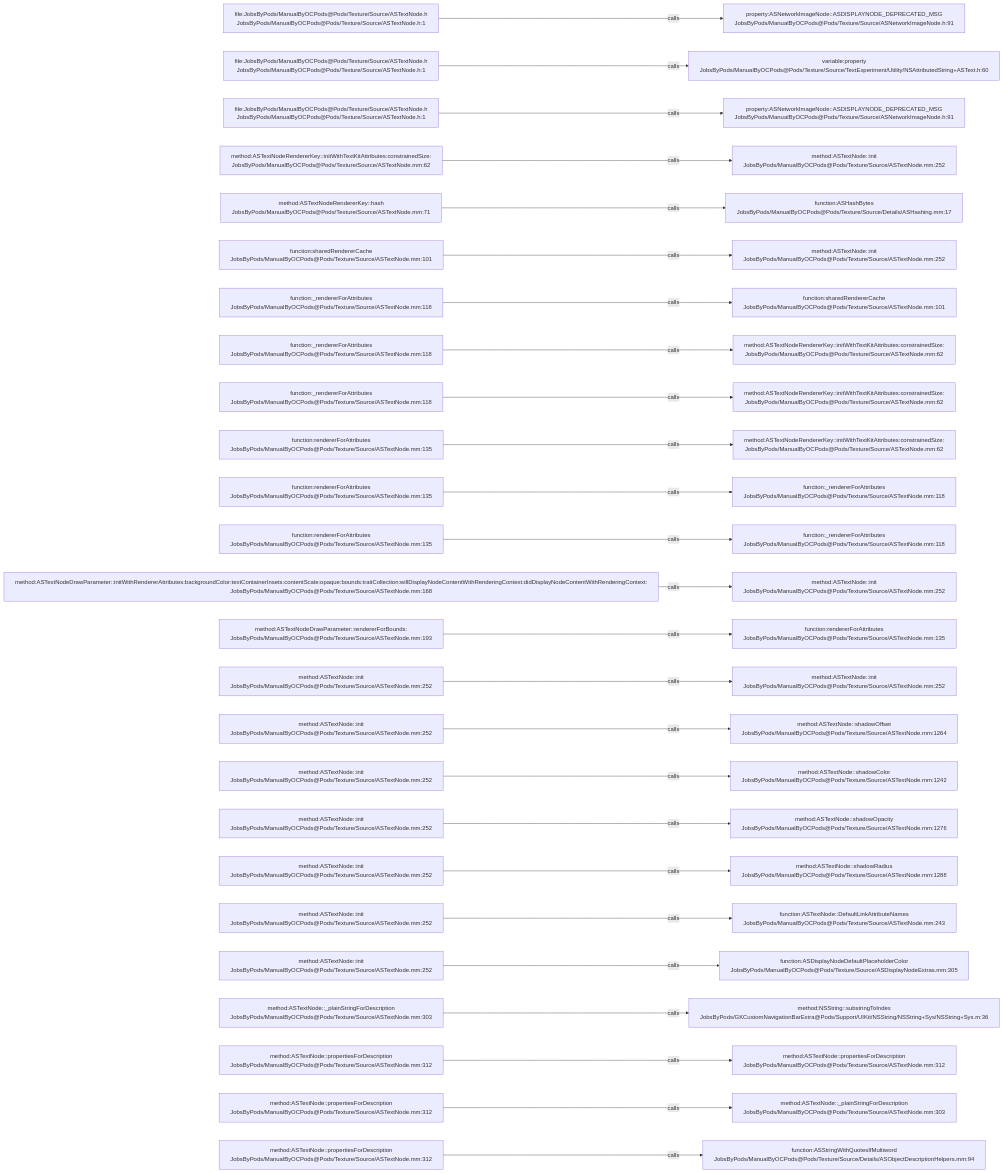
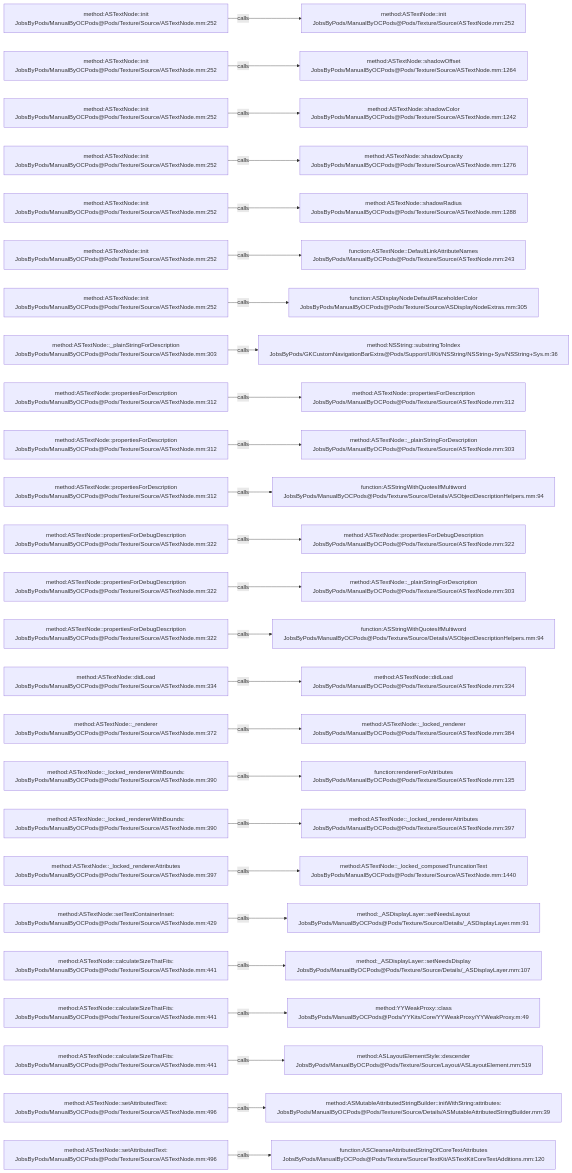
The diagram in .codegraph/codegraph.md/graphs/calls-135.md (JobsKits/JobsOCBaseConfigDemo), drawn with Mermaid before and after one commit. The commit also changed 296 other files, not shown here.

````diff
--- a/.codegraph/codegraph.md/graphs/calls-135.md
+++ b/.codegraph/codegraph.md/graphs/calls-135.md
@@ -13,78 +13,78 @@
 ```mermaid
 flowchart LR
-  S1["file:JobsByPods/ManualByOCPods@Pods/Texture/Source/ASTextNode.h<br/>JobsByPods/ManualByOCPods@Pods/Texture/Source/ASTextNode.h:1"]
-  T1["property:ASNetworkImageNode::ASDISPLAYNODE_DEPRECATED_MSG<br/>JobsByPods/ManualByOCPods@Pods/Texture/Source/ASNetworkImageNode.h:91"]
+  S1["method:ASTextNode::init<br/>JobsByPods/ManualByOCPods@Pods/Texture/Source/ASTextNode.mm:252"]
+  T1["method:ASTextNode::init<br/>JobsByPods/ManualByOCPods@Pods/Texture/Source/ASTextNode.mm:252"]
   S1 -->|calls| T1
-  S2["file:JobsByPods/ManualByOCPods@Pods/Texture/Source/ASTextNode.h<br/>JobsByPods/ManualByOCPods@Pods/Texture/Source/ASTextNode.h:1"]
-  T2["variable:property<br/>JobsByPods/ManualByOCPods@Pods/Texture/Source/TextExperiment/Utility/NSAttributedString+ASText.h:60"]
+  S2["method:ASTextNode::init<br/>JobsByPods/ManualByOCPods@Pods/Texture/Source/ASTextNode.mm:252"]
+  T2["method:ASTextNode::shadowOffset<br/>JobsByPods/ManualByOCPods@Pods/Texture/Source/ASTextNode.mm:1264"]
   S2 -->|calls| T2
-  S3["file:JobsByPods/ManualByOCPods@Pods/Texture/Source/ASTextNode.h<br/>JobsByPods/ManualByOCPods@Pods/Texture/Source/ASTextNode.h:1"]
-  T3["property:ASNetworkImageNode::ASDISPLAYNODE_DEPRECATED_MSG<br/>JobsByPods/ManualByOCPods@Pods/Texture/Source/ASNetworkImageNode.h:91"]
+  S3["method:ASTextNode::init<br/>JobsByPods/ManualByOCPods@Pods/Texture/Source/ASTextNode.mm:252"]
+  T3["method:ASTextNode::shadowColor<br/>JobsByPods/ManualByOCPods@Pods/Texture/Source/ASTextNode.mm:1242"]
   S3 -->|calls| T3
-  S4["method:ASTextNodeRendererKey::initWithTextKitAttributes:constrainedSize:<br/>JobsByPods/ManualByOCPods@Pods/Texture/Source/ASTextNode.mm:62"]
-  T4["method:ASTextNode::init<br/>JobsByPods/ManualByOCPods@Pods/Texture/Source/ASTextNode.mm:252"]
+  S4["method:ASTextNode::init<br/>JobsByPods/ManualByOCPods@Pods/Texture/Source/ASTextNode.mm:252"]
+  T4["method:ASTextNode::shadowOpacity<br/>JobsByPods/ManualByOCPods@Pods/Texture/Source/ASTextNode.mm:1276"]
   S4 -->|calls| T4
-  S5["method:ASTextNodeRendererKey::hash<br/>JobsByPods/ManualByOCPods@Pods/Texture/Source/ASTextNode.mm:71"]
-  T5["function:ASHashBytes<br/>JobsByPods/ManualByOCPods@Pods/Texture/Source/Details/ASHashing.mm:17"]
+  S5["method:ASTextNode::init<br/>JobsByPods/ManualByOCPods@Pods/Texture/Source/ASTextNode.mm:252"]
+  T5["method:ASTextNode::shadowRadius<br/>JobsByPods/ManualByOCPods@Pods/Texture/Source/ASTextNode.mm:1288"]
   S5 -->|calls| T5
-  S6["function:sharedRendererCache<br/>JobsByPods/ManualByOCPods@Pods/Texture/Source/ASTextNode.mm:101"]
-  T6["method:ASTextNode::init<br/>JobsByPods/ManualByOCPods@Pods/Texture/Source/ASTextNode.mm:252"]
+  S6["method:ASTextNode::init<br/>JobsByPods/ManualByOCPods@Pods/Texture/Source/ASTextNode.mm:252"]
+  T6["function:ASTextNode::DefaultLinkAttributeNames<br/>JobsByPods/ManualByOCPods@Pods/Texture/Source/ASTextNode.mm:243"]
   S6 -->|calls| T6
-  S7["function:_rendererForAttributes<br/>JobsByPods/ManualByOCPods@Pods/Texture/Source/ASTextNode.mm:118"]
-  T7["function:sharedRendererCache<br/>JobsByPods/ManualByOCPods@Pods/Texture/Source/ASTextNode.mm:101"]
+  S7["method:ASTextNode::init<br/>JobsByPods/ManualByOCPods@Pods/Texture/Source/ASTextNode.mm:252"]
+  T7["function:ASDisplayNodeDefaultPlaceholderColor<br/>JobsByPods/ManualByOCPods@Pods/Texture/Source/ASDisplayNodeExtras.mm:305"]
   S7 -->|calls| T7
-  S8["function:_rendererForAttributes<br/>JobsByPods/ManualByOCPods@Pods/Texture/Source/ASTextNode.mm:118"]
-  T8["method:ASTextNodeRendererKey::initWithTextKitAttributes:constrainedSize:<br/>JobsByPods/ManualByOCPods@Pods/Texture/Source/ASTextNode.mm:62"]
+  S8["method:ASTextNode::_plainStringForDescription<br/>JobsByPods/ManualByOCPods@Pods/Texture/Source/ASTextNode.mm:303"]
+  T8["method:NSString::substringToIndex<br/>JobsByPods/GKCustomNavigationBarExtra@Pods/Support/UIKit/NSString/NSString+Sys/NSString+Sys.m:36"]
   S8 -->|calls| T8
-  S9["function:_rendererForAttributes<br/>JobsByPods/ManualByOCPods@Pods/Texture/Source/ASTextNode.mm:118"]
-  T9["method:ASTextNodeRendererKey::initWithTextKitAttributes:constrainedSize:<br/>JobsByPods/ManualByOCPods@Pods/Texture/Source/ASTextNode.mm:62"]
+  S9["method:ASTextNode::propertiesForDescription<br/>JobsByPods/ManualByOCPods@Pods/Texture/Source/ASTextNode.mm:312"]
+  T9["method:ASTextNode::propertiesForDescription<br/>JobsByPods/ManualByOCPods@Pods/Texture/Source/ASTextNode.mm:312"]
   S9 -->|calls| T9
-  S10["function:rendererForAttributes<br/>JobsByPods/ManualByOCPods@Pods/Texture/Source/ASTextNode.mm:135"]
-  T10["method:ASTextNodeRendererKey::initWithTextKitAttributes:constrainedSize:<br/>JobsByPods/ManualByOCPods@Pods/Texture/Source/ASTextNode.mm:62"]
+  S10["method:ASTextNode::propertiesForDescription<br/>JobsByPods/ManualByOCPods@Pods/Texture/Source/ASTextNode.mm:312"]
+  T10["method:ASTextNode::_plainStringForDescription<br/>JobsByPods/ManualByOCPods@Pods/Texture/Source/ASTextNode.mm:303"]
   S10 -->|calls| T10
-  S11["function:rendererForAttributes<br/>JobsByPods/ManualByOCPods@Pods/Texture/Source/ASTextNode.mm:135"]
-  T11["function:_rendererForAttributes<br/>JobsByPods/ManualByOCPods@Pods/Texture/Source/ASTextNode.mm:118"]
+  S11["method:ASTextNode::propertiesForDescription<br/>JobsByPods/ManualByOCPods@Pods/Texture/Source/ASTextNode.mm:312"]
+  T11["function:ASStringWithQuotesIfMultiword<br/>JobsByPods/ManualByOCPods@Pods/Texture/Source/Details/ASObjectDescriptionHelpers.mm:94"]
   S11 -->|calls| T11
-  S12["function:rendererForAttributes<br/>JobsByPods/ManualByOCPods@Pods/Texture/Source/ASTextNode.mm:135"]
-  T12["function:_rendererForAttributes<br/>JobsByPods/ManualByOCPods@Pods/Texture/Source/ASTextNode.mm:118"]
+  S12["method:ASTextNode::propertiesForDebugDescription<br/>JobsByPods/ManualByOCPods@Pods/Texture/Source/ASTextNode.mm:322"]
+  T12["method:ASTextNode::propertiesForDebugDescription<br/>JobsByPods/ManualByOCPods@Pods/Texture/Source/ASTextNode.mm:322"]
   S12 -->|calls| T12
-  S13["method:ASTextNodeDrawParameter::initWithRendererAttributes:backgroundColor:textContainerInsets:contentScale:opaque:bounds:traitCollection:willDisplayNodeContentWithRenderingContext:didDisplayNodeContentWithRenderingContext:<br/>JobsByPods/ManualByOCPods@Pods/Texture/Source/ASTextNode.mm:168"]
-  T13["method:ASTextNode::init<br/>JobsByPods/ManualByOCPods@Pods/Texture/Source/ASTextNode.mm:252"]
+  S13["method:ASTextNode::propertiesForDebugDescription<br/>JobsByPods/ManualByOCPods@Pods/Texture/Source/ASTextNode.mm:322"]
+  T13["method:ASTextNode::_plainStringForDescription<br/>JobsByPods/ManualByOCPods@Pods/Texture/Source/ASTextNode.mm:303"]
   S13 -->|calls| T13
-  S14["method:ASTextNodeDrawParameter::rendererForBounds:<br/>JobsByPods/ManualByOCPods@Pods/Texture/Source/ASTextNode.mm:193"]
-  T14["function:rendererForAttributes<br/>JobsByPods/ManualByOCPods@Pods/Texture/Source/ASTextNode.mm:135"]
+  S14["method:ASTextNode::propertiesForDebugDescription<br/>JobsByPods/ManualByOCPods@Pods/Texture/Source/ASTextNode.mm:322"]
+  T14["function:ASStringWithQuotesIfMultiword<br/>JobsByPods/ManualByOCPods@Pods/Texture/Source/Details/ASObjectDescriptionHelpers.mm:94"]
   S14 -->|calls| T14
-  S15["method:ASTextNode::init<br/>JobsByPods/ManualByOCPods@Pods/Texture/Source/ASTextNode.mm:252"]
-  T15["method:ASTextNode::init<br/>JobsByPods/ManualByOCPods@Pods/Texture/Source/ASTextNode.mm:252"]
+  S15["method:ASTextNode::didLoad<br/>JobsByPods/ManualByOCPods@Pods/Texture/Source/ASTextNode.mm:334"]
+  T15["method:ASTextNode::didLoad<br/>JobsByPods/ManualByOCPods@Pods/Texture/Source/ASTextNode.mm:334"]
   S15 -->|calls| T15
-  S16["method:ASTextNode::init<br/>JobsByPods/ManualByOCPods@Pods/Texture/Source/ASTextNode.mm:252"]
-  T16["method:ASTextNode::shadowOffset<br/>JobsByPods/ManualByOCPods@Pods/Texture/Source/ASTextNode.mm:1264"]
+  S16["method:ASTextNode::_renderer<br/>JobsByPods/ManualByOCPods@Pods/Texture/Source/ASTextNode.mm:372"]
+  T16["method:ASTextNode::_locked_renderer<br/>JobsByPods/ManualByOCPods@Pods/Texture/Source/ASTextNode.mm:384"]
   S16 -->|calls| T16
-  S17["method:ASTextNode::init<br/>JobsByPods/ManualByOCPods@Pods/Texture/Source/ASTextNode.mm:252"]
-  T17["method:ASTextNode::shadowColor<br/>JobsByPods/ManualByOCPods@Pods/Texture/Source/ASTextNode.mm:1242"]
+  S17["method:ASTextNode::_locked_rendererWithBounds:<br/>JobsByPods/ManualByOCPods@Pods/Texture/Source/ASTextNode.mm:390"]
+  T17["function:rendererForAttributes<br/>JobsByPods/ManualByOCPods@Pods/Texture/Source/ASTextNode.mm:135"]
   S17 -->|calls| T17
-  S18["method:ASTextNode::init<br/>JobsByPods/ManualByOCPods@Pods/Texture/Source/ASTextNode.mm:252"]
-  T18["method:ASTextNode::shadowOpacity<br/>JobsByPods/ManualByOCPods@Pods/Texture/Source/ASTextNode.mm:1276"]
+  S18["method:ASTextNode::_locked_rendererWithBounds:<br/>JobsByPods/ManualByOCPods@Pods/Texture/Source/ASTextNode.mm:390"]
+  T18["method:ASTextNode::_locked_rendererAttributes<br/>JobsByPods/ManualByOCPods@Pods/Texture/Source/ASTextNode.mm:397"]
   S18 -->|calls| T18
-  S19["method:ASTextNode::init<br/>JobsByPods/ManualByOCPods@Pods/Texture/Source/ASTextNode.mm:252"]
-  T19["method:ASTextNode::shadowRadius<br/>JobsByPods/ManualByOCPods@Pods/Texture/Source/ASTextNode.mm:1288"]
+  S19["method:ASTextNode::_locked_rendererAttributes<br/>JobsByPods/ManualByOCPods@Pods/Texture/Source/ASTextNode.mm:397"]
+  T19["method:ASTextNode::_locked_composedTruncationText<br/>JobsByPods/ManualByOCPods@Pods/Texture/Source/ASTextNode.mm:1440"]
   S19 -->|calls| T19
-  S20["method:ASTextNode::init<br/>JobsByPods/ManualByOCPods@Pods/Texture/Source/ASTextNode.mm:252"]
-  T20["function:ASTextNode::DefaultLinkAttributeNames<br/>JobsByPods/ManualByOCPods@Pods/Texture/Source/ASTextNode.mm:243"]
+  S20["method:ASTextNode::setTextContainerInset:<br/>JobsByPods/ManualByOCPods@Pods/Texture/Source/ASTextNode.mm:429"]
+  T20["method:_ASDisplayLayer::setNeedsLayout<br/>JobsByPods/ManualByOCPods@Pods/Texture/Source/Details/_ASDisplayLayer.mm:91"]
   S20 -->|calls| T20
-  S21["method:ASTextNode::init<br/>JobsByPods/ManualByOCPods@Pods/Texture/Source/ASTextNode.mm:252"]
-  T21["function:ASDisplayNodeDefaultPlaceholderColor<br/>JobsByPods/ManualByOCPods@Pods/Texture/Source/ASDisplayNodeExtras.mm:305"]
+  S21["method:ASTextNode::calculateSizeThatFits:<br/>JobsByPods/ManualByOCPods@Pods/Texture/Source/ASTextNode.mm:441"]
+  T21["method:_ASDisplayLayer::setNeedsDisplay<br/>JobsByPods/ManualByOCPods@Pods/Texture/Source/Details/_ASDisplayLayer.mm:107"]
   S21 -->|calls| T21
-  S22["method:ASTextNode::_plainStringForDescription<br/>JobsByPods/ManualByOCPods@Pods/Texture/Source/ASTextNode.mm:303"]
-  T22["method:NSString::substringToIndex<br/>JobsByPods/GKCustomNavigationBarExtra@Pods/Support/UIKit/NSString/NSString+Sys/NSString+Sys.m:36"]
+  S22["method:ASTextNode::calculateSizeThatFits:<br/>JobsByPods/ManualByOCPods@Pods/Texture/Source/ASTextNode.mm:441"]
+  T22["method:YYWeakProxy::class<br/>JobsByPods/ManualByOCPods@Pods/YYKits/Core/YYWeakProxy/YYWeakProxy.m:49"]
   S22 -->|calls| T22
-  S23["method:ASTextNode::propertiesForDescription<br/>JobsByPods/ManualByOCPods@Pods/Texture/Source/ASTextNode.mm:312"]
-  T23["method:ASTextNode::propertiesForDescription<br/>JobsByPods/ManualByOCPods@Pods/Texture/Source/ASTextNode.mm:312"]
+  S23["method:ASTextNode::calculateSizeThatFits:<br/>JobsByPods/ManualByOCPods@Pods/Texture/Source/ASTextNode.mm:441"]
+  T23["method:ASLayoutElementStyle::descender<br/>JobsByPods/ManualByOCPods@Pods/Texture/Source/Layout/ASLayoutElement.mm:519"]
   S23 -->|calls| T23
-  S24["method:ASTextNode::propertiesForDescription<br/>JobsByPods/ManualByOCPods@Pods/Texture/Source/ASTextNode.mm:312"]
-  T24["method:ASTextNode::_plainStringForDescription<br/>JobsByPods/ManualByOCPods@Pods/Texture/Source/ASTextNode.mm:303"]
+  S24["method:ASTextNode::setAttributedText:<br/>JobsByPods/ManualByOCPods@Pods/Texture/Source/ASTextNode.mm:496"]
+  T24["method:ASMutableAttributedStringBuilder::initWithString:attributes:<br/>JobsByPods/ManualByOCPods@Pods/Texture/Source/Details/ASMutableAttributedStringBuilder.mm:39"]
   S24 -->|calls| T24
-  S25["method:ASTextNode::propertiesForDescription<br/>JobsByPods/ManualByOCPods@Pods/Texture/Source/ASTextNode.mm:312"]
-  T25["function:ASStringWithQuotesIfMultiword<br/>JobsByPods/ManualByOCPods@Pods/Texture/Source/Details/ASObjectDescriptionHelpers.mm:94"]
+  S25["method:ASTextNode::setAttributedText:<br/>JobsByPods/ManualByOCPods@Pods/Texture/Source/ASTextNode.mm:496"]
+  T25["function:ASCleanseAttributedStringOfCoreTextAttributes<br/>JobsByPods/ManualByOCPods@Pods/Texture/Source/TextKit/ASTextKitCoreTextAdditions.mm:120"]
   S25 -->|calls| T25
 ```
````
